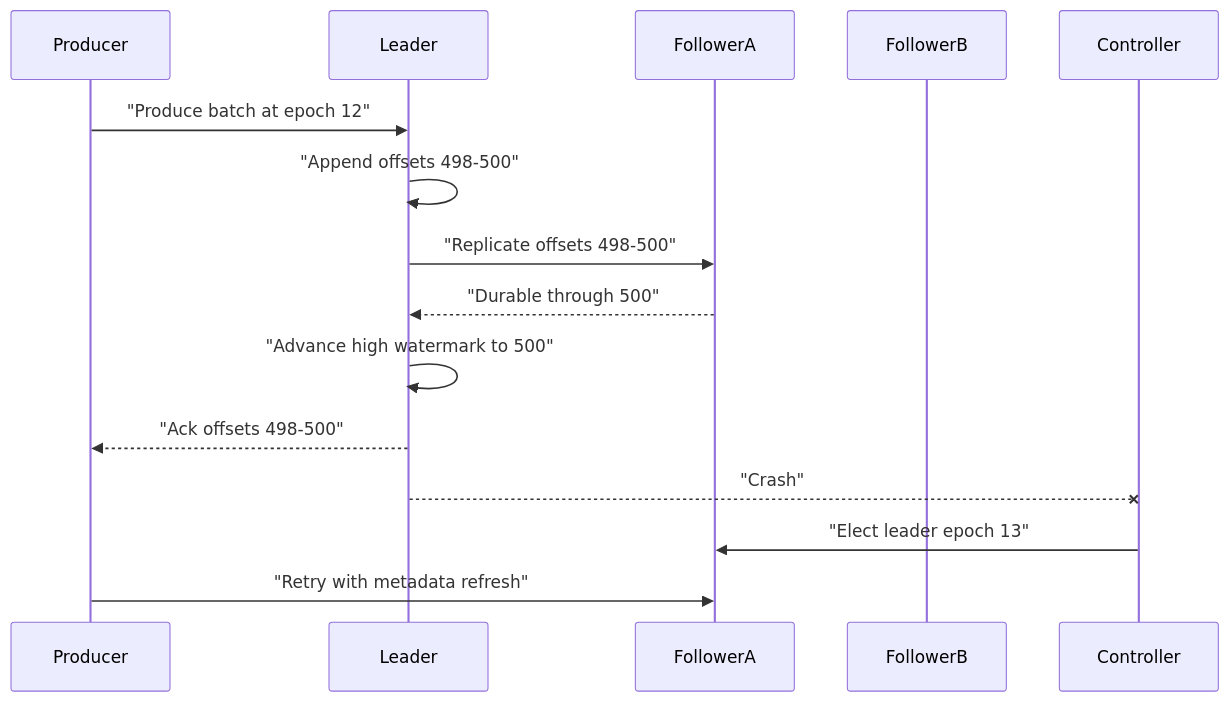
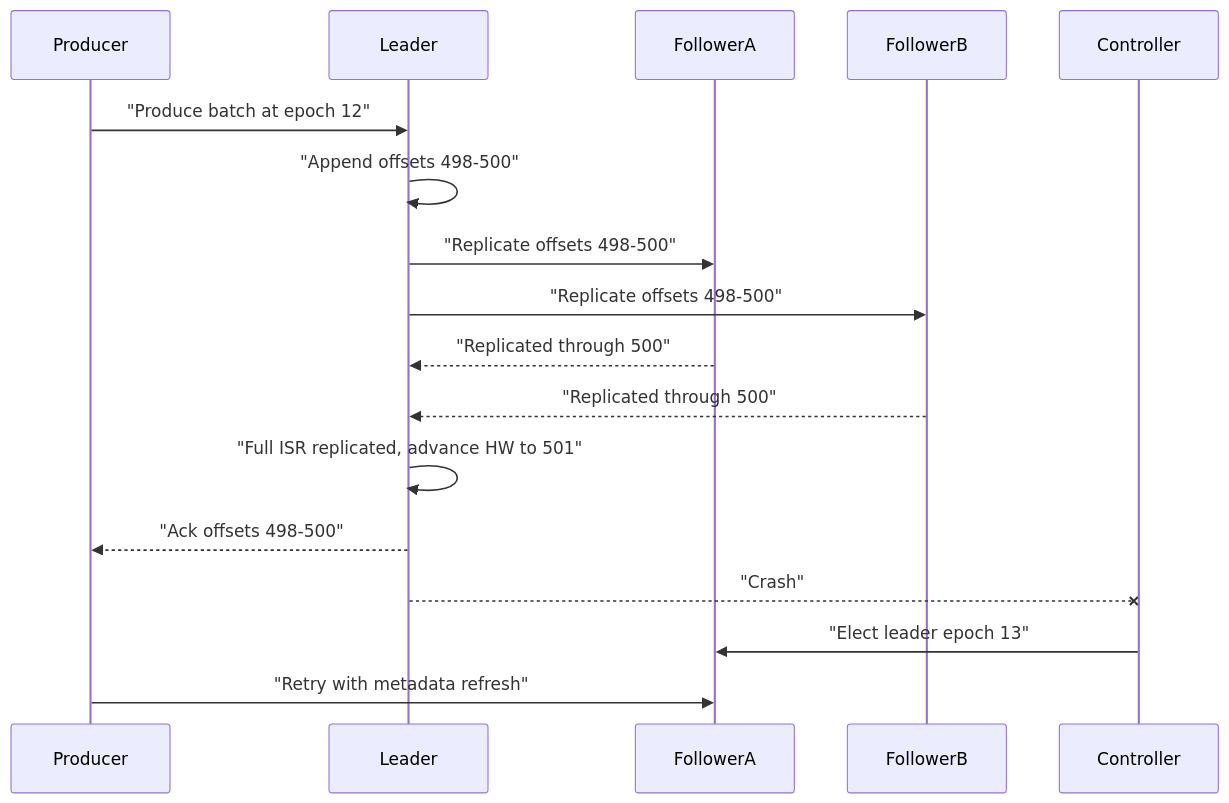
One commit to Pranshu258/system-design changed the third of 5 diagrams in pub-sub-message-queue-system-design.md. Above: the diagram before and after it, drawn with Mermaid. The commit also changed other lines of this file and 23 other files, not shown here.

````diff
--- a/pub-sub-message-queue-system-design.md
+++ b/pub-sub-message-queue-system-design.md
@@ -225,17 +225,19 @@
 ```mermaid
 sequenceDiagram
     participant Producer
     participant Leader
     participant FollowerA
     participant FollowerB
     participant Controller
     Producer->>Leader: "Produce batch at epoch 12"
     Leader->>Leader: "Append offsets 498-500"
     Leader->>FollowerA: "Replicate offsets 498-500"
-    FollowerA-->>Leader: "Durable through 500"
-    Leader->>Leader: "Advance high watermark to 500"
+    Leader->>FollowerB: "Replicate offsets 498-500"
+    FollowerA-->>Leader: "Replicated through 500"
+    FollowerB-->>Leader: "Replicated through 500"
+    Leader->>Leader: "Full ISR replicated, advance HW to 501"
     Leader-->>Producer: "Ack offsets 498-500"
     Leader--xController: "Crash"
     Controller->>FollowerA: "Elect leader epoch 13"
     Producer->>FollowerA: "Retry with metadata refresh"
 ```
````
